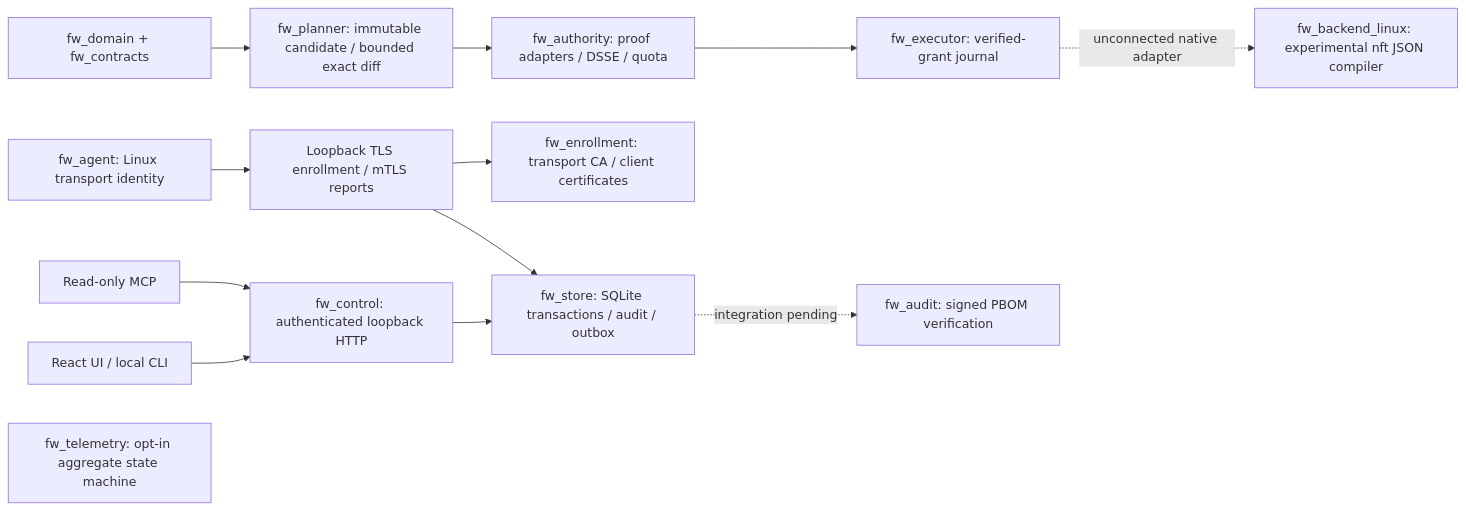
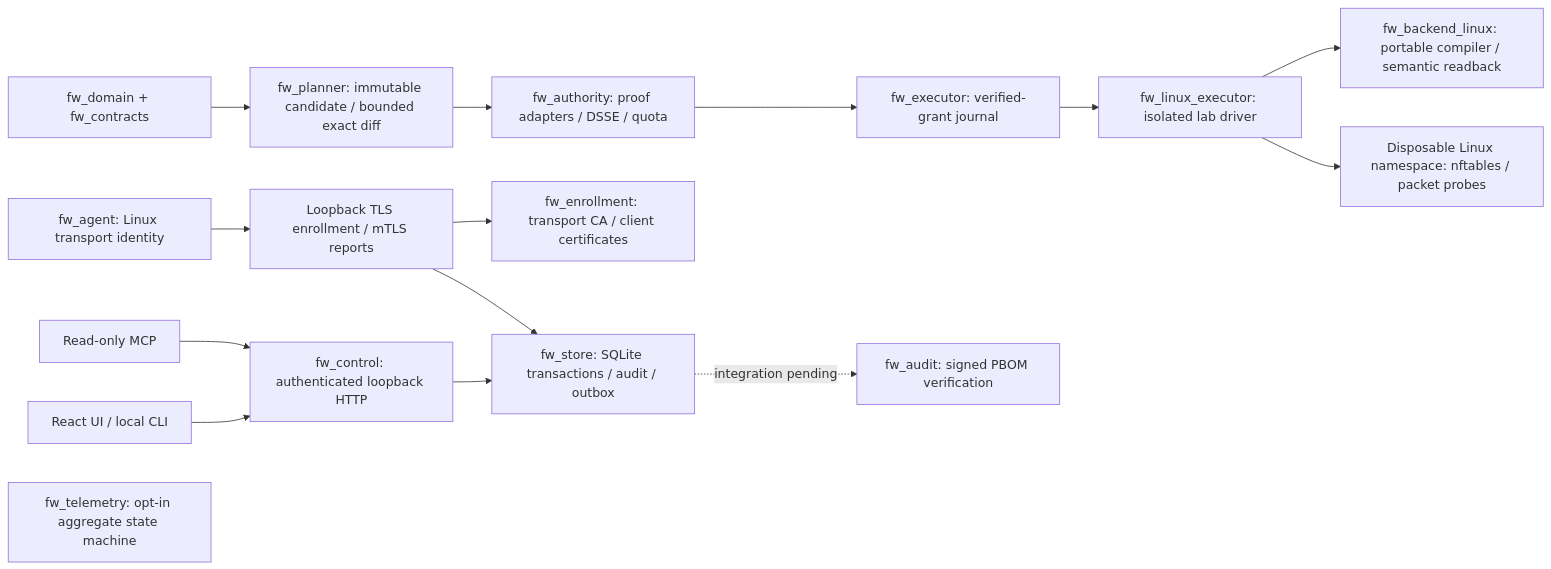
The diagram in docs/implementation.md (simhanson123/Nox_Warden), drawn with Mermaid before and after one commit. The commit also changed other lines of this file and 37 other files, not shown here.

````diff
--- a/docs/implementation.md
+++ b/docs/implementation.md
@@ -7,15 +7,17 @@
 ```mermaid
 flowchart LR
   UI[React UI / local CLI] --> API[fw_control: authenticated loopback HTTP]
   MCP[Read-only MCP] --> API
   API --> DB[fw_store: SQLite transactions / audit / outbox]
   AG[fw_agent: Linux transport identity] --> TLS[Loopback TLS enrollment / mTLS reports]
   TLS --> PKI[fw_enrollment: transport CA / client certificates]
   TLS --> DB
   D[fw_domain + fw_contracts] --> P[fw_planner: immutable candidate / bounded exact diff]
   P --> A[fw_authority: proof adapters / DSSE / quota]
   A --> E[fw_executor: verified-grant journal]
-  E -. unconnected native adapter .-> N[fw_backend_linux: experimental nft JSON compiler]
+  E --> L[fw_linux_executor: isolated lab driver]
+  L --> N[fw_backend_linux: portable compiler / semantic readback]
+  L --> K[Disposable Linux namespace: nftables / packet probes]
   DB -. integration pending .-> AUD[fw_audit: signed PBOM verification]
   T[fw_telemetry: opt-in aggregate state machine]
 ```
````
